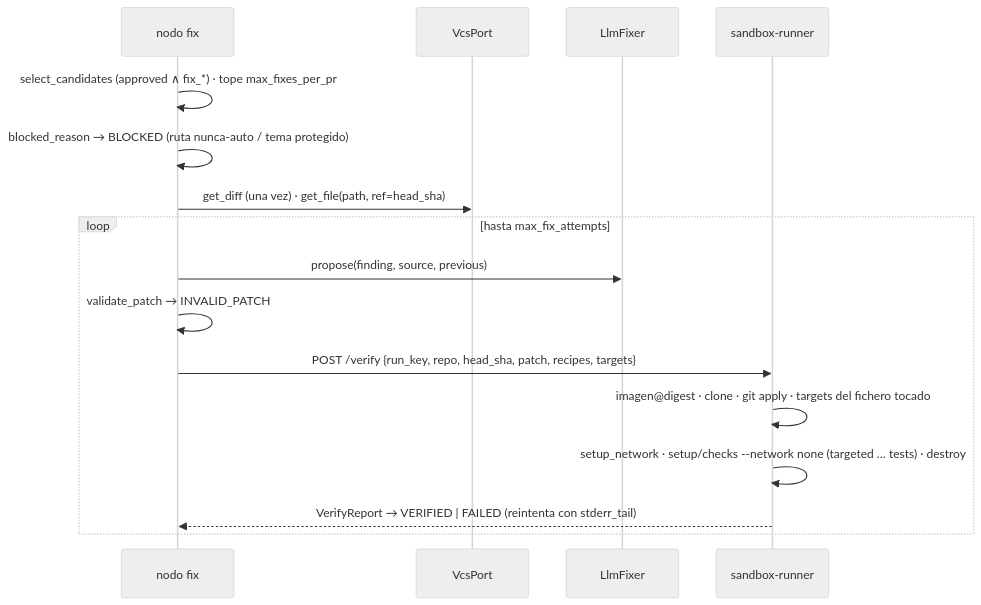
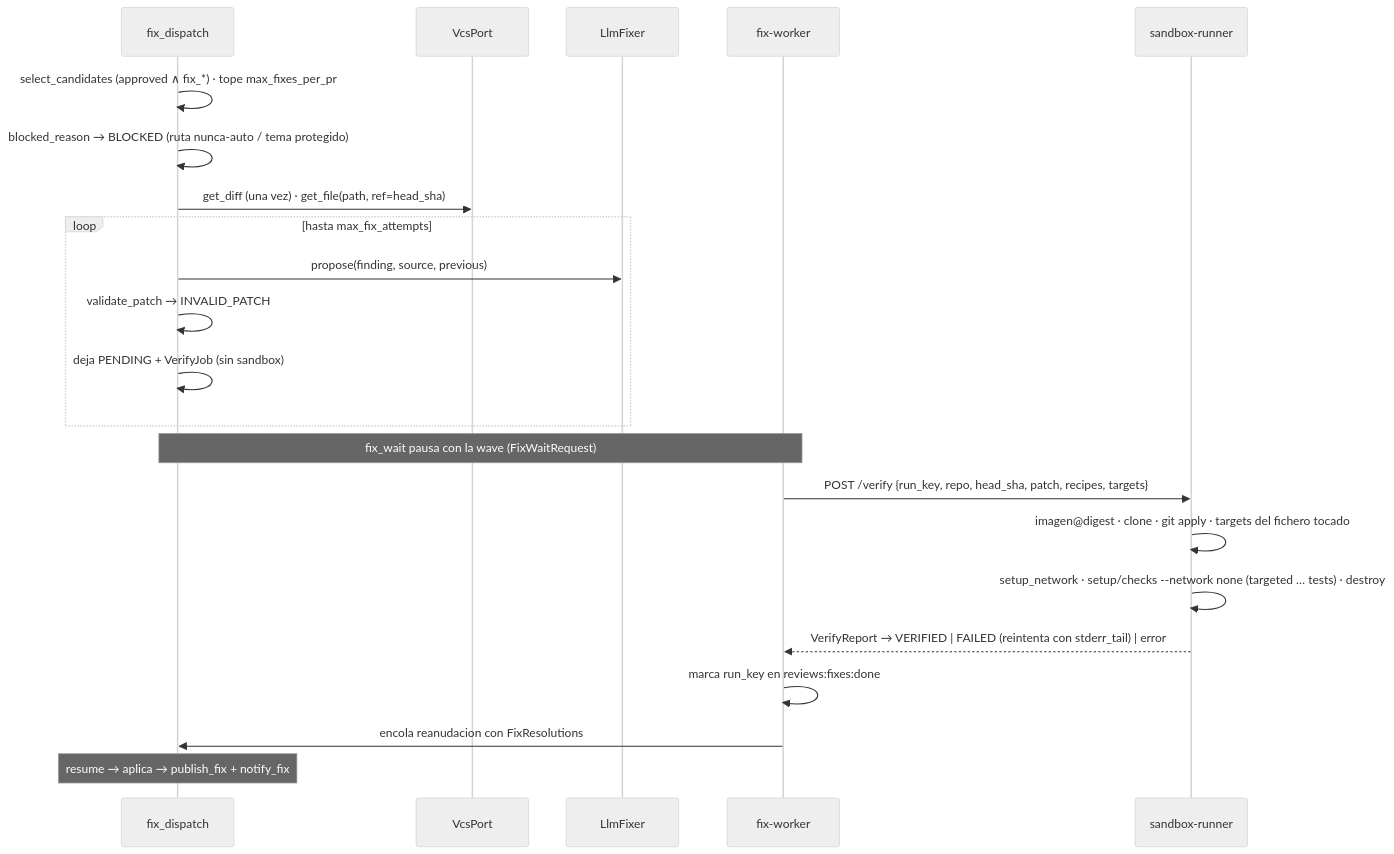
Before and after one commit to pcgarat/agent-review-langgraph: the sixth of 6 diagrams in docs/arquitectura.md, drawn with Mermaid (neutral theme). The commit also changed other lines of this file and 50 other files, not shown here.

````diff
--- a/docs/arquitectura.md
+++ b/docs/arquitectura.md
@@ -198,18 +244,24 @@
 ```mermaid
 sequenceDiagram
-    participant F as nodo fix
+    participant F as fix_dispatch
     participant V as VcsPort
     participant L as LlmFixer
+    participant FW as fix-worker
     participant S as sandbox-runner
     F->>F: select_candidates (approved ∧ fix_*) · tope max_fixes_per_pr
     F->>F: blocked_reason → BLOCKED (ruta nunca-auto / tema protegido)
     F->>V: get_diff (una vez) · get_file(path, ref=head_sha)
     loop hasta max_fix_attempts
         F->>L: propose(finding, source, previous)
         F->>F: validate_patch → INVALID_PATCH
-        F->>S: POST /verify {run_key, repo, head_sha, patch, recipes, targets}
-        S->>S: imagen@digest · clone · git apply · targets del fichero tocado
-        S->>S: setup_network · setup/checks --network none (targeted … tests) · destroy
-        S-->>F: VerifyReport → VERIFIED | FAILED (reintenta con stderr_tail)
+        F->>F: deja PENDING + VerifyJob (sin sandbox)
     end
+    Note over F,FW: fix_wait pausa con la wave (FixWaitRequest)
+    FW->>S: POST /verify {run_key, repo, head_sha, patch, recipes, targets}
+    S->>S: imagen@digest · clone · git apply · targets del fichero tocado
+    S->>S: setup_network · setup/checks --network none (targeted … tests) · destroy
+    S-->>FW: VerifyReport → VERIFIED | FAILED (reintenta con stderr_tail) | error
+    FW->>FW: marca run_key en reviews:fixes:done
+    FW->>F: encola reanudacion con FixResolutions
+    Note over F: resume → aplica → publish_fix + notify_fix
 ```
````
